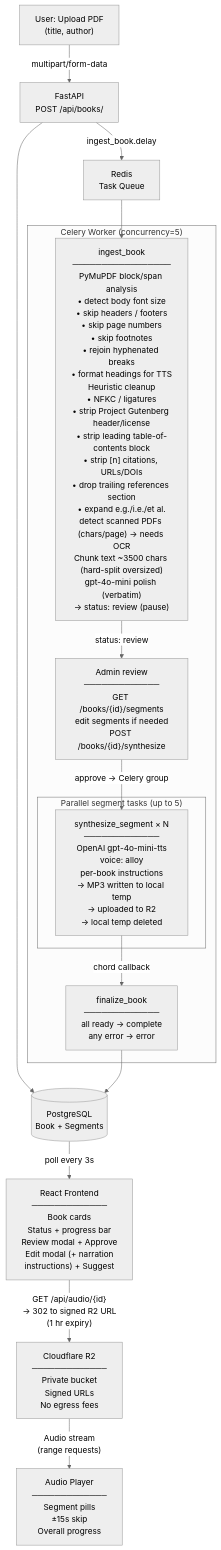
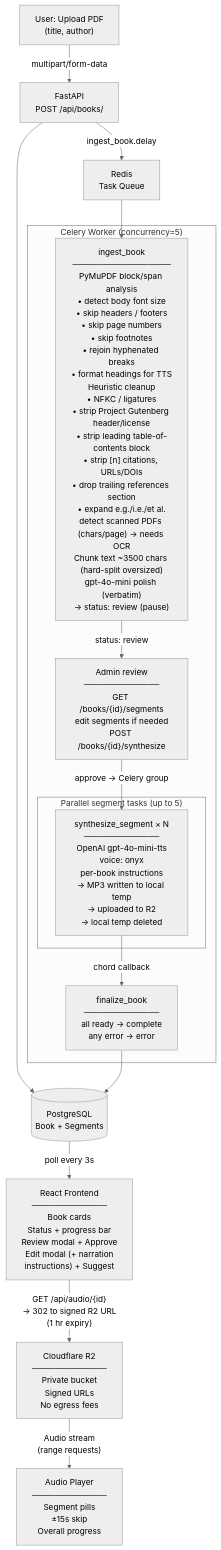
The diagram in PIPELINE.md (antispiraldev/AudioBookLib), drawn with Mermaid (neutral theme) before and after one commit. The commit also changed 1 other file, not shown here.

Commit message:
feat: default TTS voice onyx
Chosen from an A/B of alloy/onyx/marin on a Prince passage.

````diff
--- a/PIPELINE.md
+++ b/PIPELINE.md
@@ -3,36 +3,36 @@
 ```mermaid
 flowchart TD
     Upload["User: Upload PDF\n(title, author)"]
     API["FastAPI\nPOST /api/books/"]
     DB[("PostgreSQL\nBook + Segments")]
     Queue["Redis\nTask Queue"]
 
     Upload -->|multipart/form-data| API
     API --> DB
     API -->|ingest_book.delay| Queue
 
     Queue --> Ingest
 
     subgraph Worker ["Celery Worker (concurrency=5)"]
         Ingest["ingest_book\n─────────────────\nPyMuPDF block/span analysis\n• detect body font size\n• skip headers / footers\n• skip page numbers\n• skip footnotes\n• rejoin hyphenated breaks\n• format headings for TTS\nHeuristic cleanup\n• NFKC / ligatures\n• strip Project Gutenberg header/license\n• strip leading table-of-contents block\n• strip [n] citations, URLs/DOIs\n• drop trailing references section\n• expand e.g./i.e./et al.\ndetect scanned PDFs (chars/page) → needs OCR\nChunk text ~3500 chars (hard-split oversized)\ngpt-4o-mini polish (verbatim)\n→ status: review (pause)"]
 
         Review["Admin review\n─────────────\nGET /books/{id}/segments\nedit segments if needed\nPOST /books/{id}/synthesize"]
         Ingest -->|"status: review"| Review
         Review -->|"approve → Celery group"| Synth
 
         subgraph Parallel ["Parallel segment tasks (up to 5)"]
-            Synth["synthesize_segment × N\n─────────────\nOpenAI gpt-4o-mini-tts\nvoice: alloy\nper-book instructions\n→ MP3 written to local temp\n→ uploaded to R2\n→ local temp deleted"]
+            Synth["synthesize_segment × N\n─────────────\nOpenAI gpt-4o-mini-tts\nvoice: onyx\nper-book instructions\n→ MP3 written to local temp\n→ uploaded to R2\n→ local temp deleted"]
         end
 
         Synth -->|"chord callback"| Finalize
         Finalize["finalize_book\n─────────────\nall ready → complete\nany error  → error"]
     end
 
     Finalize --> DB
 
     DB -->|"poll every 3s"| Frontend
     Frontend["React Frontend\n─────────────\nBook cards\nStatus + progress bar\nReview modal + Approve\nEdit modal (+ narration\ninstructions) + Suggest"]
     Frontend -->|"GET /api/audio/{id}\n→ 302 to signed R2 URL\n(1 hr expiry)"| R2
     R2["Cloudflare R2\n─────────────\nPrivate bucket\nSigned URLs\nNo egress fees"]
     R2 -->|"Audio stream\n(range requests)"| Player["Audio Player\n─────────────\nSegment pills\n±15s skip\nOverall progress"]
 ```
````
